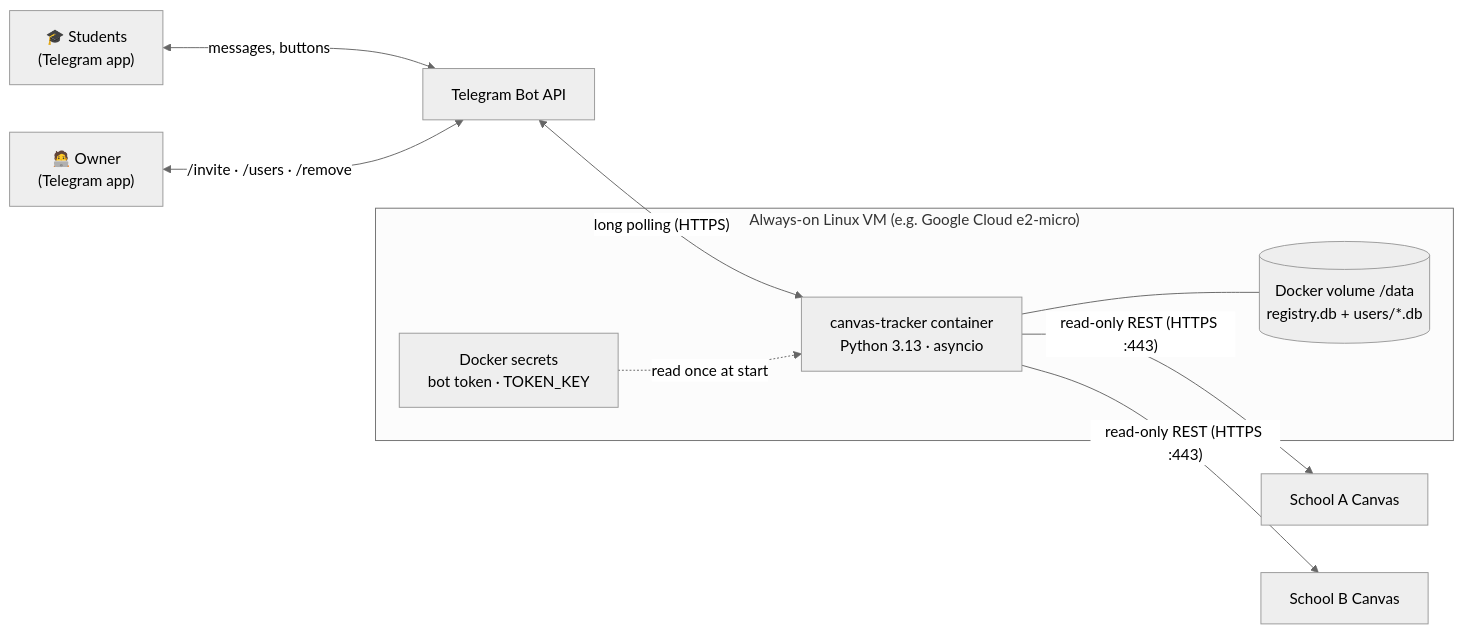
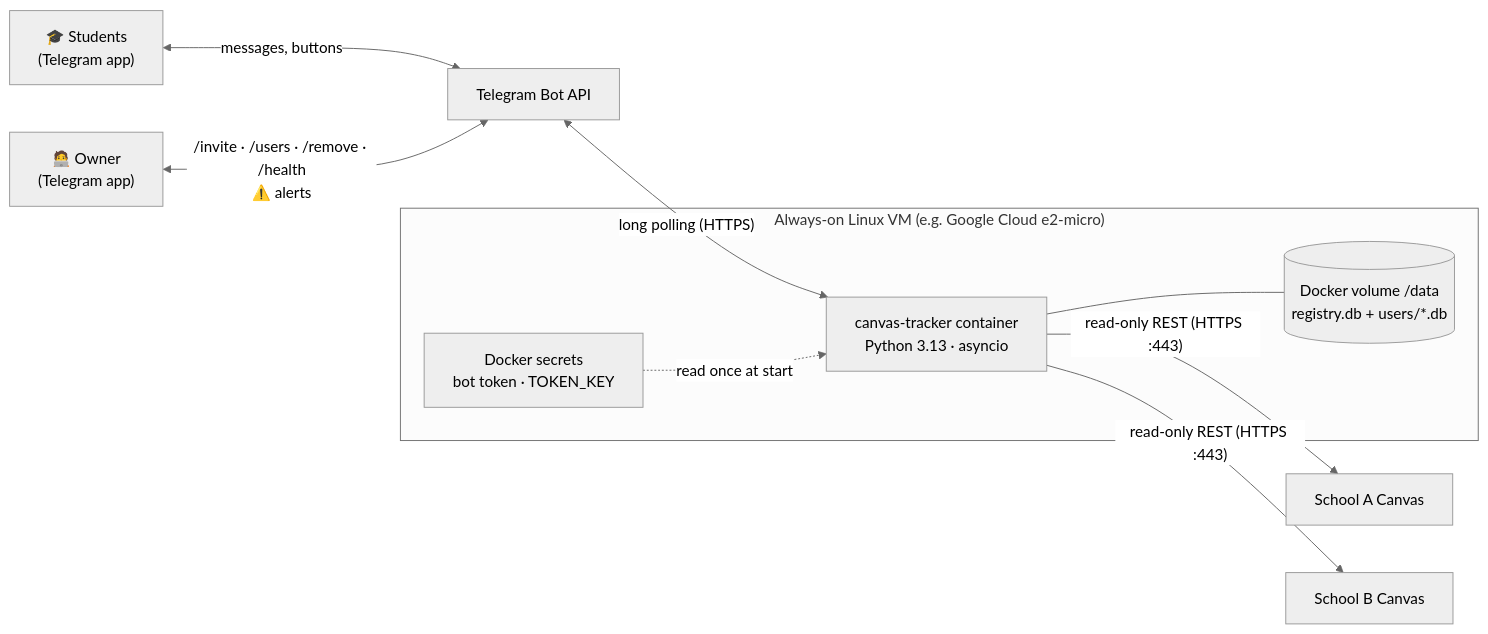
The first of 8 diagrams in docs/architecture.md (rmaytr/CanvasAssignmentTrackingBot), drawn with Mermaid (neutral theme) before and after one commit. The commit also changed other lines of this file and 4 other files, not shown here.

````diff
--- a/docs/architecture.md
+++ b/docs/architecture.md
@@ -21,17 +21,17 @@
 ```mermaid
 flowchart LR
     S1["🎓 Students<br/>(Telegram app)"] <-->|"messages, buttons"| TG["Telegram Bot API"]
-    OW["🧑‍💻 Owner<br/>(Telegram app)"] <-->|"/invite · /users · /remove"| TG
+    OW["🧑‍💻 Owner<br/>(Telegram app)"] <-->|"/invite · /users · /remove · /health<br/>⚠️ alerts"| TG
     TG <-->|"long polling (HTTPS)"| BOT
 
     subgraph VM["Always-on Linux VM (e.g. Google Cloud e2-micro)"]
         BOT["canvas-tracker container<br/>Python 3.13 · asyncio"]
         VOL[("Docker volume /data<br/>registry.db + users/*.db")]
         SEC["Docker secrets<br/>bot token · TOKEN_KEY"]
         BOT --- VOL
         SEC -. read once at start .-> BOT
     end
 
     BOT -->|"read-only REST (HTTPS :443)"| C1["School A Canvas"]
     BOT -->|"read-only REST (HTTPS :443)"| C2["School B Canvas"]
 ```
````
